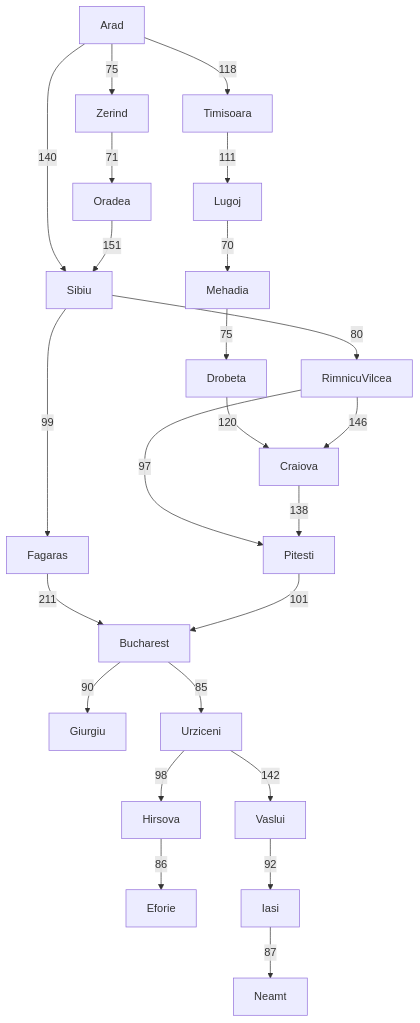
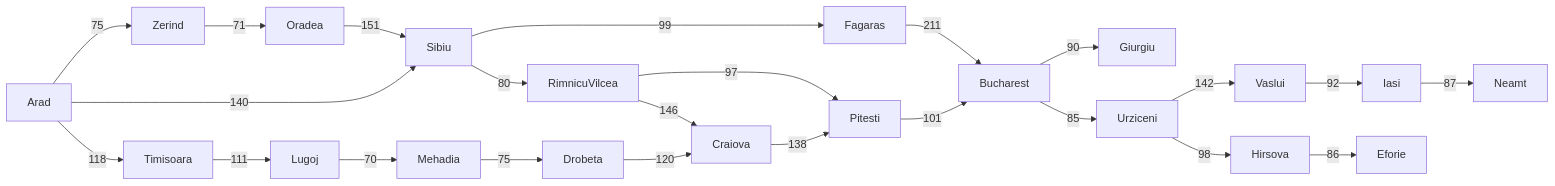
One commit to joetanx/study changed the diagram in README.md. Above: the diagram before and after it, drawn with Mermaid.

````diff
--- a/README.md
+++ b/README.md
@@ -19,27 +19,27 @@
 ```mermaid
-graph
+graph LR
 
 Arad -->|75| Zerind
-Arad -->|118| Timisoara
-Arad -->|140| Sibiu
 Zerind -->|71| Oradea
 Oradea -->|151| Sibiu
+Arad -->|140| Sibiu
+Sibiu -->|80| RimnicuVilcea
+RimnicuVilcea -->|97| Pitesti
+RimnicuVilcea -->|146| Craiova
+Craiova -->|138| Pitesti
+Arad -->|118| Timisoara
 Timisoara -->|111| Lugoj
 Lugoj -->|70| Mehadia
 Mehadia -->|75| Drobeta
 Drobeta -->|120| Craiova
-Sibiu -->|80| RimnicuVilcea
 Sibiu -->|99| Fagaras
-RimnicuVilcea -->|146| Craiova
-RimnicuVilcea -->|97| Pitesti
-Craiova -->|138| Pitesti
 Fagaras -->|211| Bucharest
 Pitesti -->|101| Bucharest
 Bucharest -->|90| Giurgiu
 Bucharest -->|85| Urziceni
 Urziceni -->|142| Vaslui
+Vaslui -->|92| Iasi
+Iasi -->|87| Neamt
 Urziceni -->|98| Hirsova
 Hirsova -->|86| Eforie
-Vaslui -->|92| Iasi
-Iasi -->|87| Neamt
 ```
````
